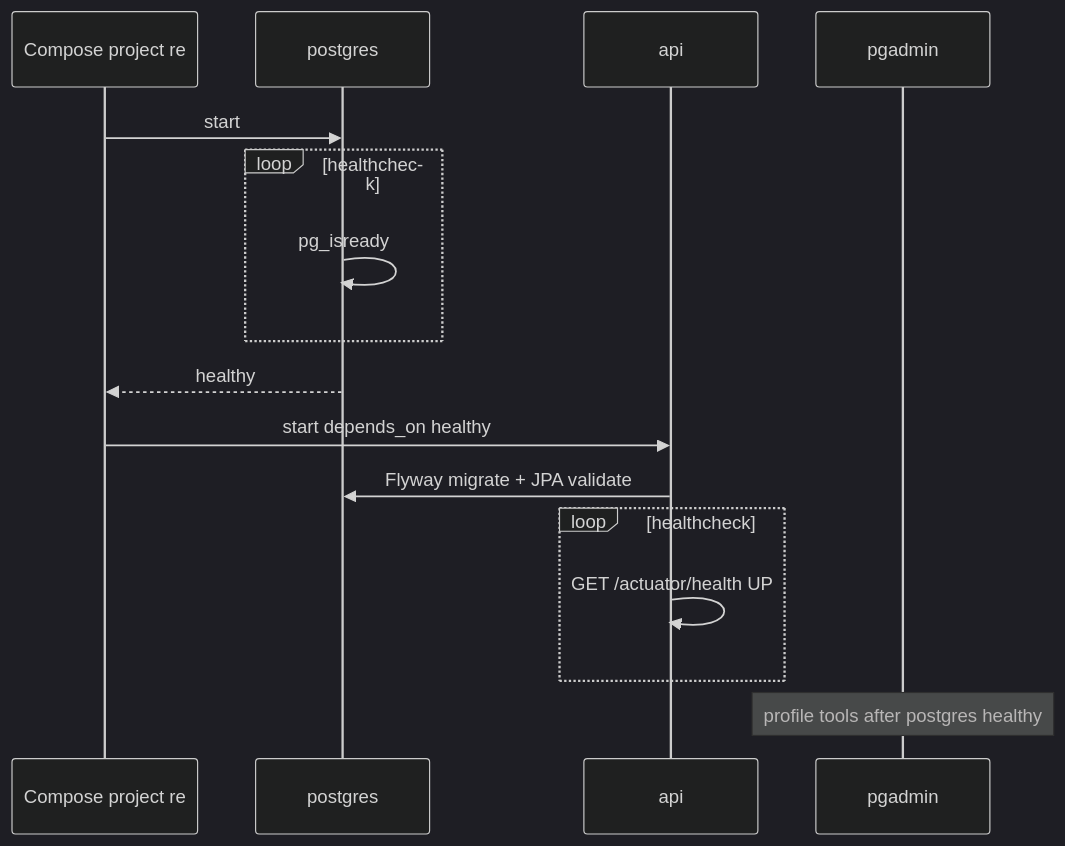
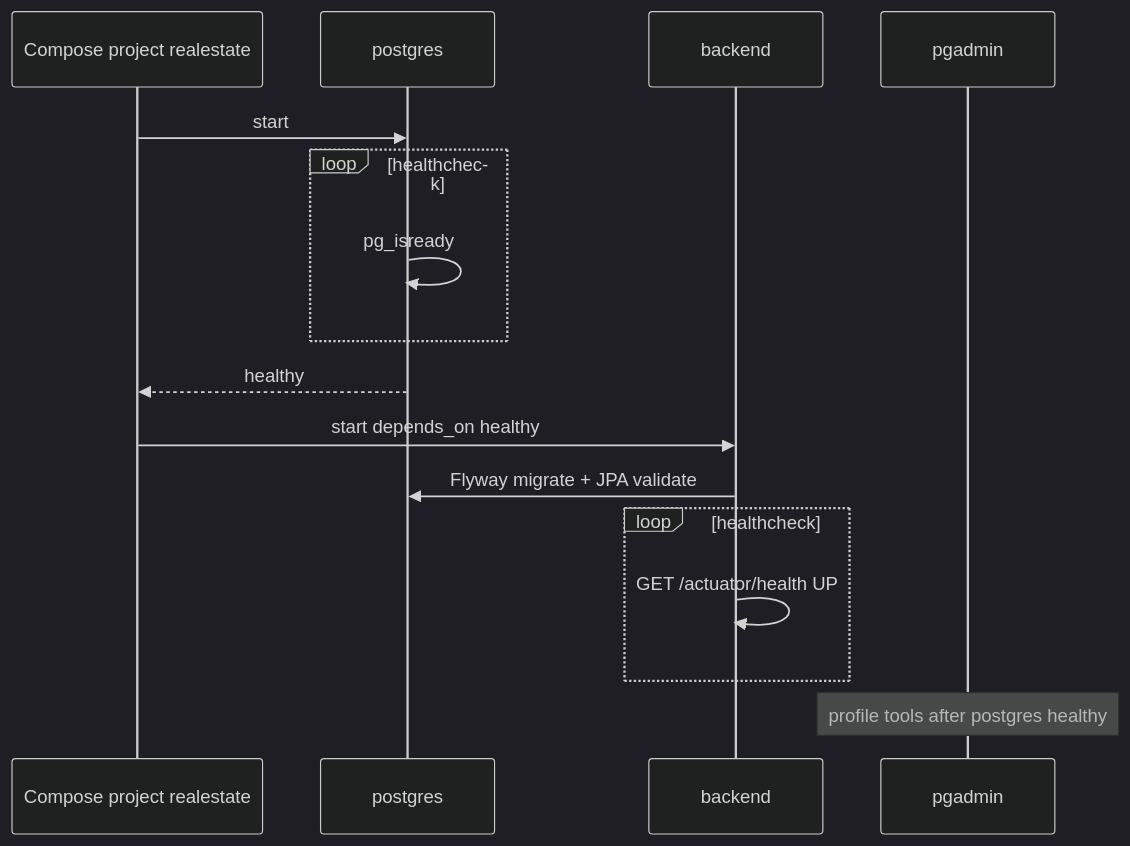
One commit to fdeniz07/RealEstateBackend changed the fourth of 4 diagrams in docs/03-architecture/infrastructure/assets/DOCKER-COMPOSE-ARCHITECTURE.md. Above: the diagram before and after it, drawn with Mermaid (dark theme). The commit also changed other lines of this file and 7 other files, not shown here.

Commit message:
feat(docker): rename compose project to realestate

````diff
--- a/docs/03-architecture/infrastructure/assets/DOCKER-COMPOSE-ARCHITECTURE.md
+++ b/docs/03-architecture/infrastructure/assets/DOCKER-COMPOSE-ARCHITECTURE.md
@@ -128,18 +128,18 @@
 ```mermaid
 sequenceDiagram
-  participant C as Compose project re
+  participant C as Compose project realestate
   participant P as postgres
-  participant A as api
+  participant B as backend
   participant G as pgadmin
   C->>P: start
   loop healthcheck
     P->>P: pg_isready
   end
   P-->>C: healthy
-  C->>A: start depends_on healthy
-  A->>P: Flyway migrate + JPA validate
+  C->>B: start depends_on healthy
+  B->>P: Flyway migrate + JPA validate
   loop healthcheck
-    A->>A: GET /actuator/health UP
+    B->>B: GET /actuator/health UP
   end
   Note over G: profile tools after postgres healthy
 ```
````
